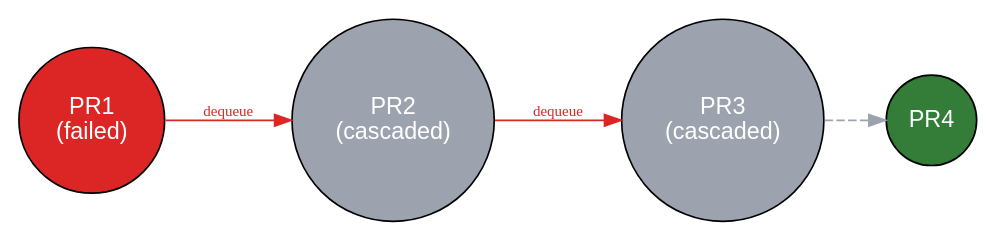
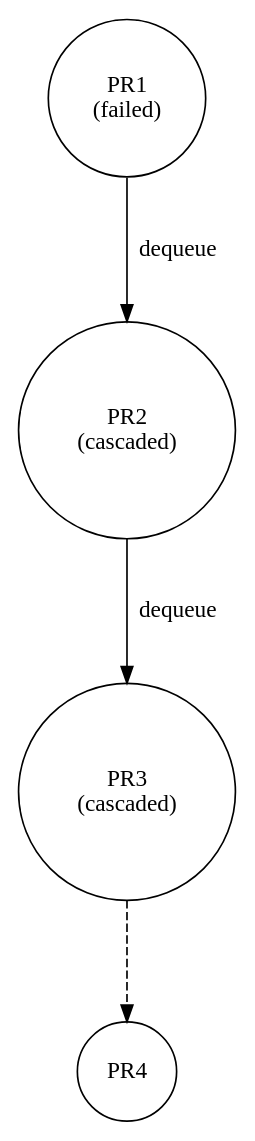
Before and after one commit to Mergifyio/docs: the third of 3 diagrams in src/content/docs/merge-queue/stacks.mdx, drawn with Graphviz. The commit also changed other lines of this file and 20 other files, not shown here.

````diff
--- a/src/content/docs/merge-queue/stacks.mdx
+++ b/src/content/docs/merge-queue/stacks.mdx
@@ -216,18 +204,16 @@
-```dot class="graph"
-strict digraph {
-    fontname="sans-serif";
-    rankdir="LR";
-    label=""
+```dot class="queue"
+digraph {
+  ranksep=1.0;
+  // Not fixedsize: these labels are two lines, so let the circle grow to them.
+  node [shape=circle];
 
-    node [style=filled, shape=circle, fontname="sans-serif"];
+  PR1 [label="PR1\n(failed)", class="failed"];
+  PR2 [label="PR2\n(cascaded)", class="muted"];
+  PR3 [label="PR3\n(cascaded)", class="muted"];
+  PR4 [class="queued"];
 
-    PR1 [fillcolor="#DC2626", fontcolor="white", label="PR1\n(failed)"];
-    PR2 [fillcolor="#9CA3AF", fontcolor="white", label="PR2\n(cascaded)"];
-    PR3 [fillcolor="#9CA3AF", fontcolor="white", label="PR3\n(cascaded)"];
-    PR4 [fillcolor="#347D39", fontcolor="white"];
-
-    PR1 -> PR2 [label="dequeue", color="#DC2626", fontcolor="#DC2626", fontsize="9"];
-    PR2 -> PR3 [label="dequeue", color="#DC2626", fontcolor="#DC2626", fontsize="9"];
-    PR3 -> PR4 [style="dashed", color="#9CA3AF"];
+  PR1 -> PR2 [label="dequeue", class="failed"];
+  PR2 -> PR3 [label="dequeue", class="failed"];
+  PR3 -> PR4 [style=dashed, class="muted"];
 }
 ```
````
